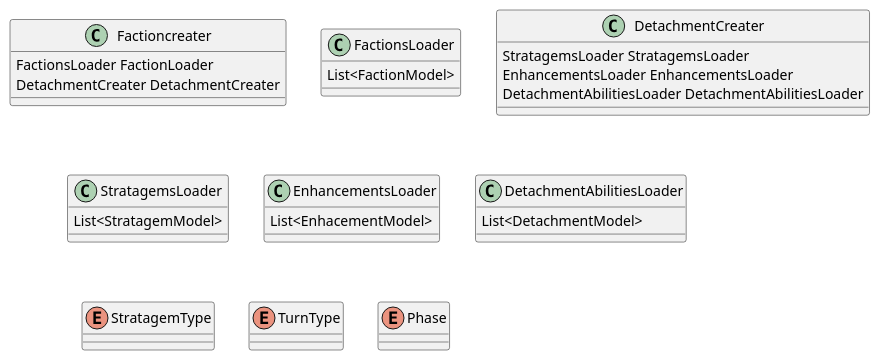
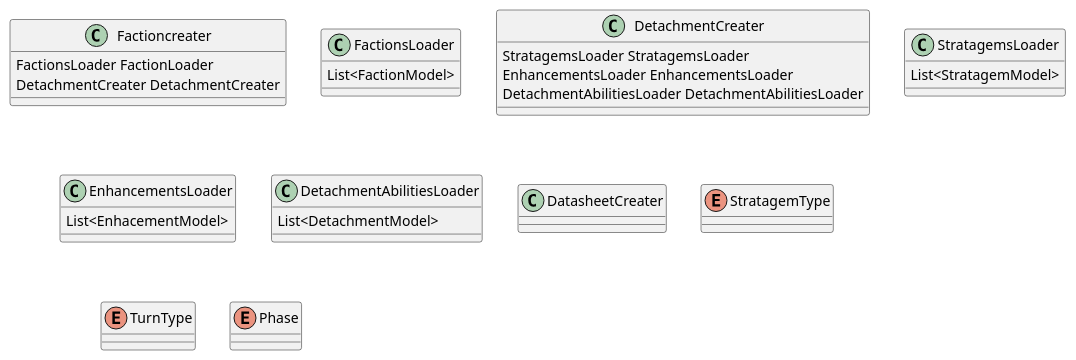
One commit to stoftot/40k-Roster-Master changed the diagram in Documentation/Data layout/Loaders.wsd. Above: the diagram before and after it, drawn with PlantUML. The commit also changed 2 other files, not shown here.

```diff
--- a/Documentation/Data layout/Loaders.wsd
+++ b/Documentation/Data layout/Loaders.wsd
@@ -1,77 +1,84 @@
 @startuml
 
 class Factioncreater {
     FactionsLoader FactionLoader
     DetachmentCreater DetachmentCreater
 }
 
 /'
 Factions.csv
 id = id
 name = name
 whapediaLink = link
 '/
 class FactionsLoader {
     List<FactionModel>
 }
 
 
 class DetachmentCreater {
     StratagemsLoader StratagemsLoader
     EnhancementsLoader EnhancementsLoader
     DetachmentAbilitiesLoader DetachmentAbilitiesLoader
 }
 
 
 /'
 Stratagems.csv
 id = id
 name = name
 type = type
 cpCost = cp_cost
 turnToBeUsed = turn
 phasesToBeUsed = phase
 description = description
 detachmentId = detachment
 '/
 class StratagemsLoader {
     List<StratagemModel>
 }
 
 /'
 Enhancements.csv
 id = id
 name = name
 desctiption = description
 pointscost = cost
 detachmentId = detachment
 '/
 class EnhancementsLoader {
     List<EnhacementModel>
 }
 
 /'
 Detachment_abilities.csv
 id = id
 name = name
 descreption = description
 detachment = detachment
 '/
 class DetachmentAbilitiesLoader {
     List<DetachmentModel>
 }
 
 
+'------------- datasheet related -------------
+class DatasheetCreater {
+
+}
+
+'---------------------------------------------
+
 Enum StratagemType {
 
 }
 
 Enum TurnType {
 
 }
 
 Enum Phase {
     
 }
 
 @enduml
```
